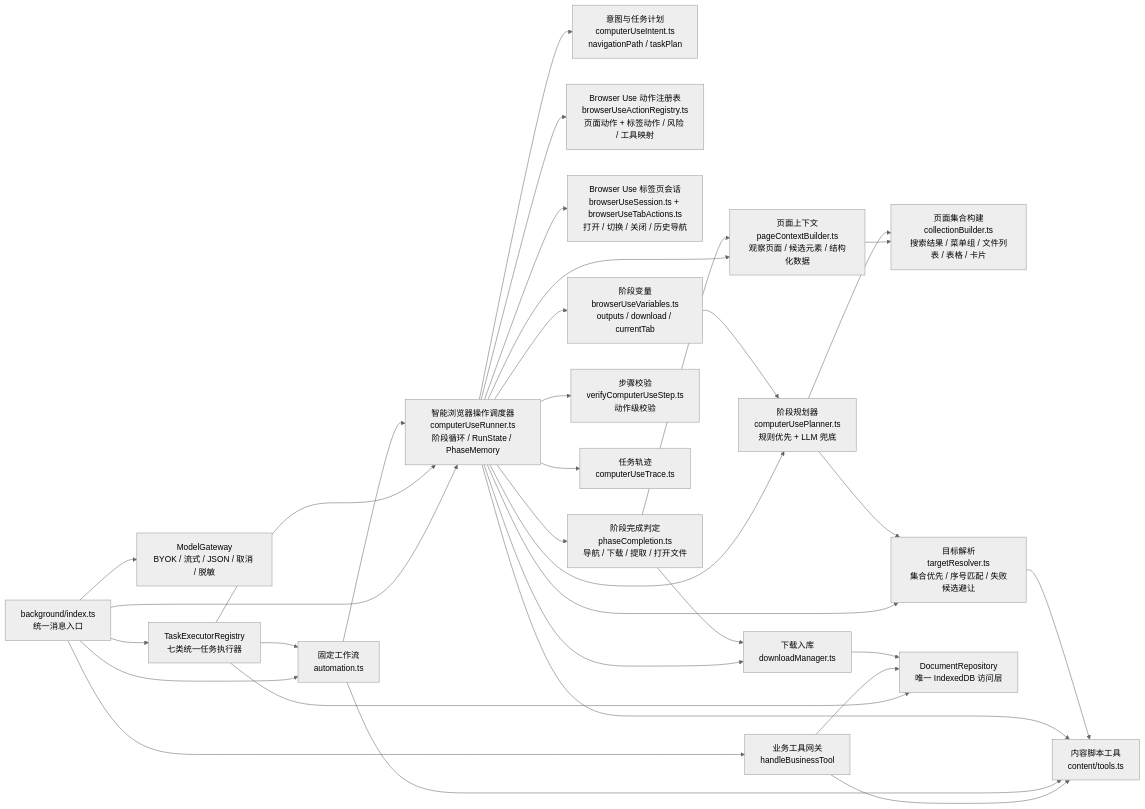
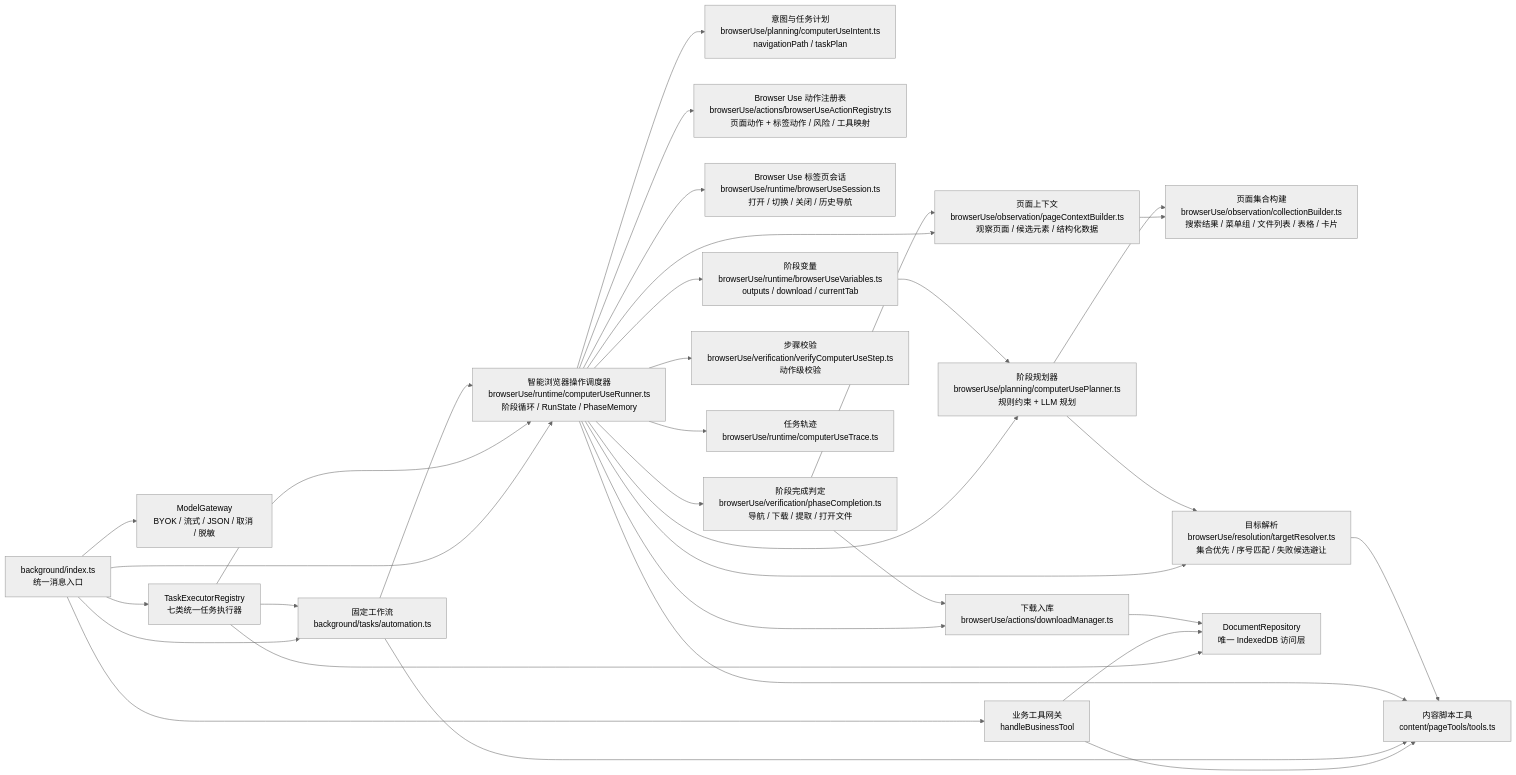
Before and after one commit to Clearlovesixteen/gancao-colipot: the second of 7 diagrams in docs/architecture.md, drawn with Mermaid (neutral theme). The commit also changed other lines of this file and 266 other files, not shown here.

````diff
--- a/docs/architecture.md
+++ b/docs/architecture.md
@@ -131,56 +138,56 @@
 ```mermaid
 flowchart LR
   BG["background/index.ts<br/>统一消息入口"]
   Model["ModelGateway<br/>BYOK / 流式 / JSON / 取消 / 脱敏"]
   Tasks["TaskExecutorRegistry<br/>七类统一任务执行器"]
   Gateway["业务工具网关<br/>handleBusinessTool"]
-  Auto["固定工作流<br/>automation.ts"]
-  CU["智能浏览器操作调度器<br/>computerUseRunner.ts<br/>阶段循环 / RunState / PhaseMemory"]
-  Intent["意图与任务计划<br/>computerUseIntent.ts<br/>navigationPath / taskPlan"]
-  Planner["阶段规划器<br/>computerUsePlanner.ts<br/>规则优先 + LLM 兜底"]
-  Context["页面上下文<br/>pageContextBuilder.ts<br/>观察页面 / 候选元素 / 结构化数据"]
-  Collections["页面集合构建<br/>collectionBuilder.ts<br/>搜索结果 / 菜单组 / 文件列表 / 表格 / 卡片"]
-  Resolver["目标解析<br/>targetResolver.ts<br/>集合优先 / 序号匹配 / 失败候选避让"]
-  Actions["Browser Use 动作注册表<br/>browserUseActionRegistry.ts<br/>页面动作 + 标签动作 / 风险 / 工具映射"]
-  Tabs["Browser Use 标签页会话<br/>browserUseSession.ts + browserUseTabActions.ts<br/>打开 / 切换 / 关闭 / 历史导航"]
-  Variables["阶段变量<br/>browserUseVariables.ts<br/>outputs / download / currentTab"]
-  PhaseDone["阶段完成判定<br/>phaseCompletion.ts<br/>导航 / 下载 / 提取 / 打开文件"]
-  Verify["步骤校验<br/>verifyComputerUseStep.ts<br/>动作级校验"]
-  Download["下载入库<br/>downloadManager.ts"]
-  Trace["任务轨迹<br/>computerUseTrace.ts"]
+  Auto["固定工作流<br/>background/tasks/automation.ts"]
+  CU["智能浏览器操作调度器<br/>browserUse/runtime/computerUseRunner.ts<br/>阶段循环 / RunState / PhaseMemory"]
+  Intent["意图与任务计划<br/>browserUse/planning/computerUseIntent.ts<br/>navigationPath / taskPlan"]
+  Planner["阶段规划器<br/>browserUse/planning/computerUsePlanner.ts<br/>规则约束 + LLM 规划"]
+  Context["页面上下文<br/>browserUse/observation/pageContextBuilder.ts<br/>观察页面 / 候选元素 / 结构化数据"]
+  Collections["页面集合构建<br/>browserUse/observation/collectionBuilder.ts<br/>搜索结果 / 菜单组 / 文件列表 / 表格 / 卡片"]
+  Resolver["目标解析<br/>browserUse/resolution/targetResolver.ts<br/>集合优先 / 序号匹配 / 失败候选避让"]
+  Actions["Browser Use 动作注册表<br/>browserUse/actions/browserUseActionRegistry.ts<br/>页面动作 + 标签动作 / 风险 / 工具映射"]
+  Tabs["Browser Use 标签页会话<br/>browserUse/runtime/browserUseSession.ts<br/>打开 / 切换 / 关闭 / 历史导航"]
+  Variables["阶段变量<br/>browserUse/runtime/browserUseVariables.ts<br/>outputs / download / currentTab"]
+  PhaseDone["阶段完成判定<br/>browserUse/verification/phaseCompletion.ts<br/>导航 / 下载 / 提取 / 打开文件"]
+  Verify["步骤校验<br/>browserUse/verification/verifyComputerUseStep.ts<br/>动作级校验"]
+  Download["下载入库<br/>browserUse/actions/downloadManager.ts"]
+  Trace["任务轨迹<br/>browserUse/runtime/computerUseTrace.ts"]
   DB["DocumentRepository<br/>唯一 IndexedDB 访问层"]
-  Content["内容脚本工具<br/>content/tools.ts"]
+  Content["内容脚本工具<br/>content/pageTools/tools.ts"]
 
   BG --> Model
   BG --> Tasks
   BG --> Gateway
   BG --> Auto
   BG --> CU
   Tasks --> CU
   Tasks --> Auto
   Tasks --> DB
   Gateway --> DB
   Gateway --> Content
   Auto --> Content
   Auto --> CU
   CU --> Intent
   CU --> Context
   CU --> Planner
   CU --> Resolver
   CU --> Actions
   CU --> Variables
   Variables --> Planner
   CU --> Tabs
   CU --> PhaseDone
   CU --> Content
   CU --> Verify
   CU --> Download
   CU --> Trace
   Context --> Collections
   Planner --> Collections
   Planner --> Resolver
   Resolver --> Content
   PhaseDone --> Context
   PhaseDone --> Download
   Download --> DB
 ```
````
